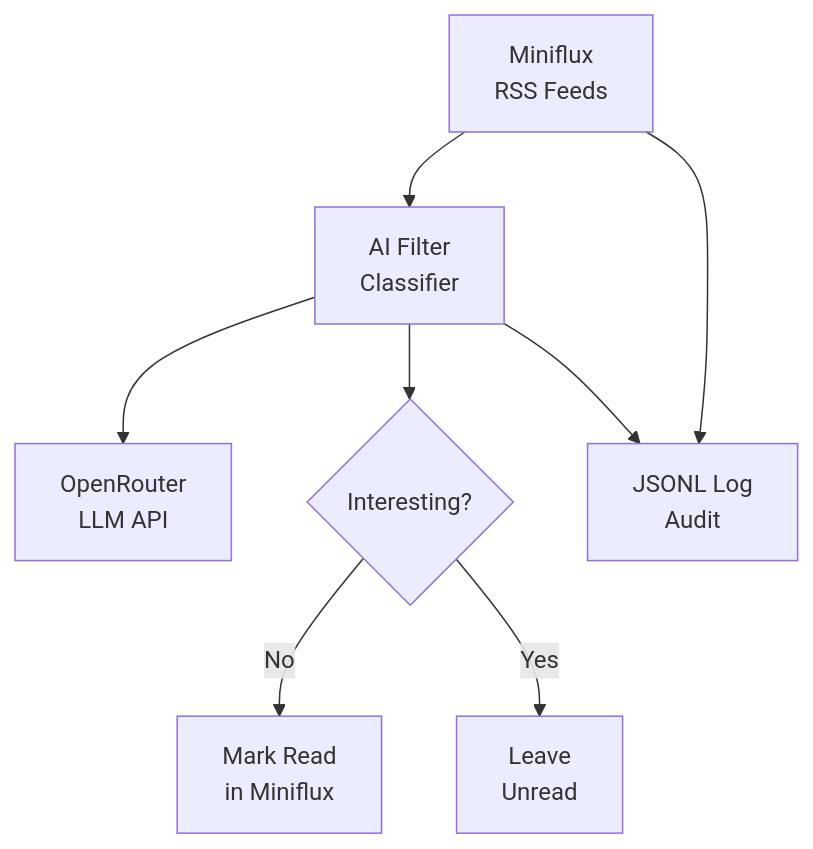
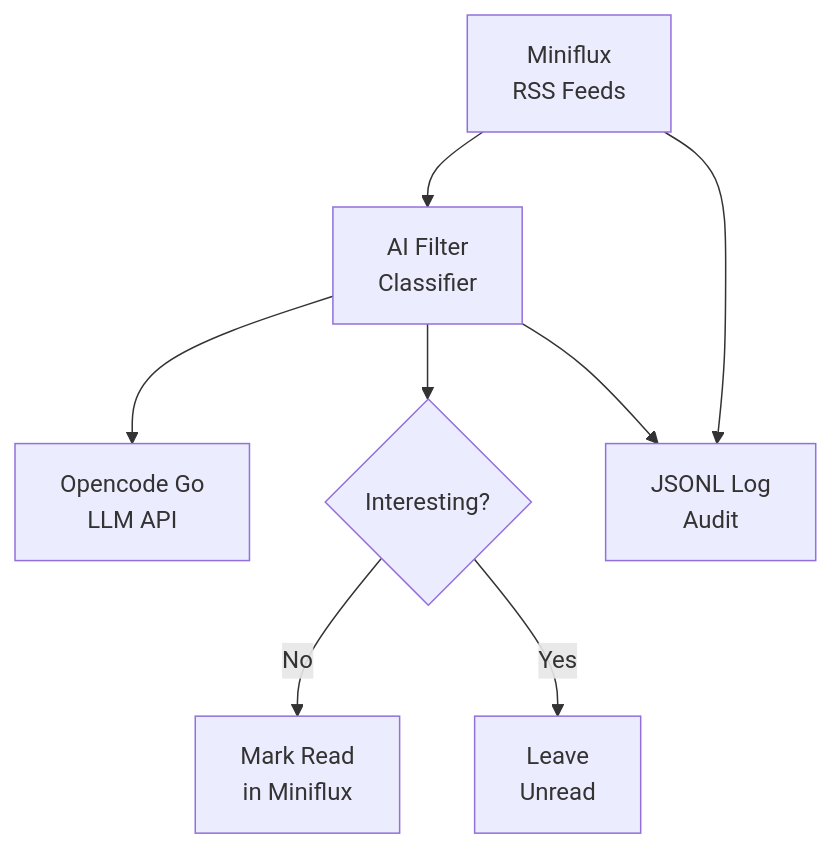
The diagram in README.md (kylesezhi/miniflux-noninteresting-as-read), drawn with Mermaid before and after one commit. The commit also changed other lines of this file and 2 other files, not shown here.

````diff
--- a/README.md
+++ b/README.md
@@ -107,10 +107,10 @@
 ```mermaid
 graph TD
     M[Miniflux<br/>RSS Feeds] --> AI[AI Filter<br/>Classifier]
-    AI --> OR[OpenRouter<br/>LLM API]
+    AI --> OG[Opencode Go<br/>LLM API]
     AI --> D{Interesting?}
     D -->|No| MR[Mark Read<br/>in Miniflux]
     D -->|Yes| LU[Leave<br/>Unread]
     M --> L[JSONL Log<br/>Audit]
     AI --> L
 ```
````
